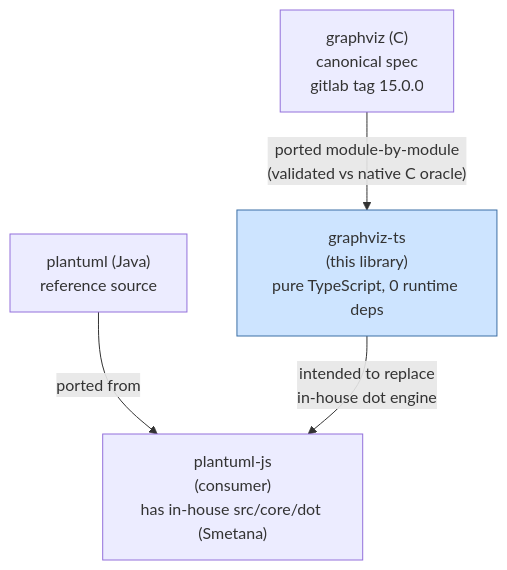
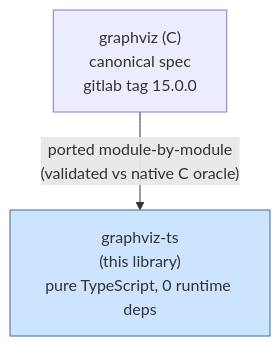
The first of 2 diagrams in docs/architecture/architecture.md (sseely/graphviz-ts), drawn with Mermaid before and after one commit. The commit also changed other lines of this file and 5 other files, not shown here.

First line of the commit message:
docs(architecture): remove external consumer references

````diff
--- a/docs/architecture/architecture.md
+++ b/docs/architecture/architecture.md
@@ -12,13 +12,9 @@
 ```mermaid
 graph TD
     GVC["graphviz (C)<br/>canonical spec<br/>gitlab tag 15.0.0"]
-    PLJAVA["plantuml (Java)<br/>reference source"]
     GVTS["graphviz-ts<br/>(this library)<br/>pure TypeScript, 0 runtime deps"]
-    PLJS["plantuml-js<br/>(consumer)<br/>has in-house src/core/dot (Smetana)"]
 
     GVC -->|"ported module-by-module<br/>(validated vs native C oracle)"| GVTS
-    PLJAVA -->|ported from| PLJS
-    GVTS -->|"intended to replace<br/>in-house dot engine"| PLJS
 
     style GVTS fill:#cde4ff,stroke:#3b6ea5
 ```
````
